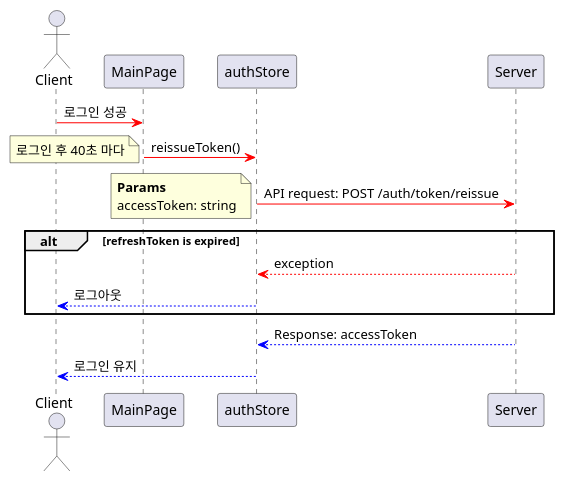
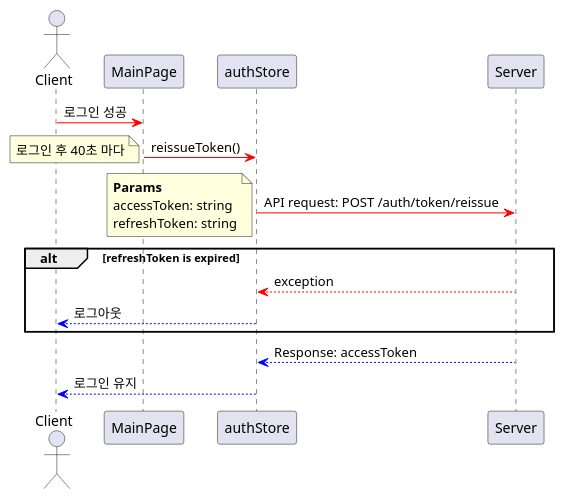
Before and after one commit to seriparkdev/auth: the diagram in uml/auth/tokenReissue.puml, drawn with PlantUML. The commit also changed 1 other file, not shown here.

Commit message:
docs: reissue token uml 누락된 부분 수정

```diff
--- a/uml/auth/tokenReissue.puml
+++ b/uml/auth/tokenReissue.puml
@@ -1,31 +1,32 @@
 @startuml
 
 actor Client
 participant MainPage
 
 Client -[#red]> MainPage: 로그인 성공
 
 MainPage -[#red]> authStore: reissueToken()
 note left
 로그인 후 40초 마다
 end note
 
 authStore -[#red]> Server: API request: POST /auth/token/reissue
 note left
 <b>Params
 accessToken: string
+refreshToken: string
 end note
 
 
 alt refreshToken is expired
 return exception
 authStore --[#blue]> Client: 로그아웃
 end
 
 
 
 
 Server --[#blue]> authStore: Response: accessToken
 
 authStore --[#blue]> Client: 로그인 유지
 @enduml
```
